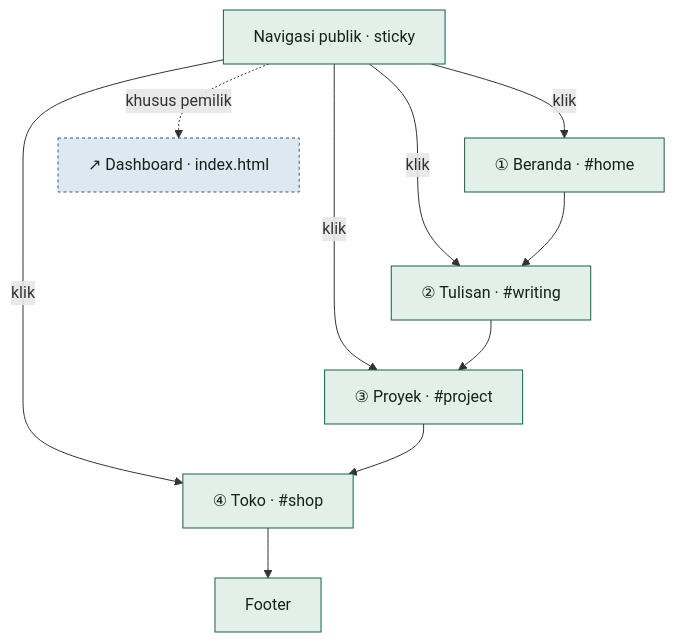
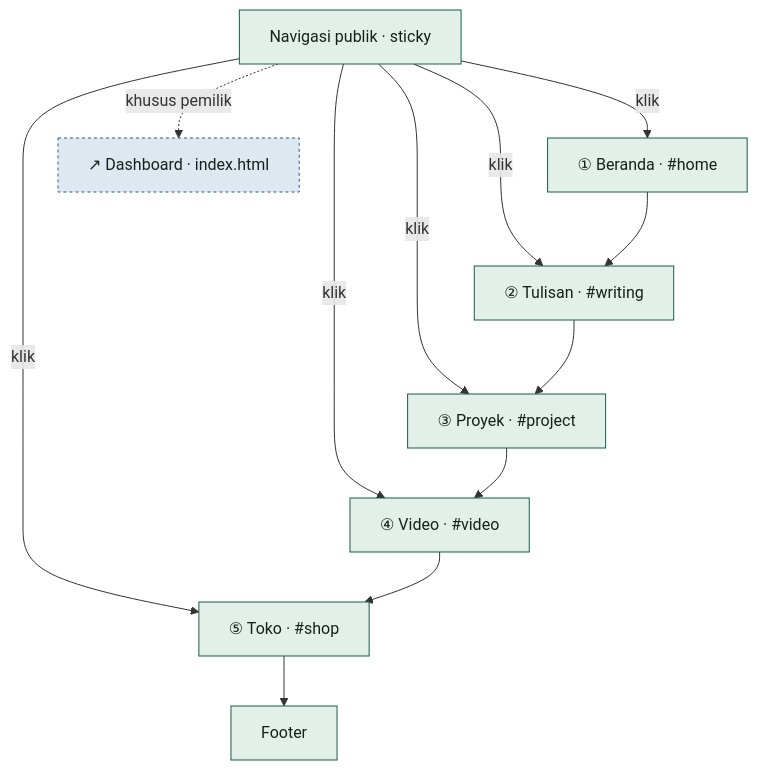
One commit to kukuhtw/fpdp changed the second of 3 diagrams in documentation/mockup/NAVIGATION-MAP.id.md. Above: the diagram before and after it, drawn with Mermaid. The commit also changed other lines of this file and 18 other files, not shown here.

````diff
--- a/documentation/mockup/NAVIGATION-MAP.id.md
+++ b/documentation/mockup/NAVIGATION-MAP.id.md
@@ -72,16 +72,17 @@
 ```mermaid
 flowchart TD
     NAV["Navigasi publik · sticky"]
     NAV -->|klik| S1["① Beranda · #home"]
     NAV -->|klik| S2["② Tulisan · #writing"]
     NAV -->|klik| S3["③ Proyek · #project"]
-    NAV -->|klik| S4["④ Toko · #shop"]
+    NAV -->|klik| S4["④ Video · #video"]
+    NAV -->|klik| S5["⑤ Toko · #shop"]
     NAV -.->|khusus pemilik| DB["↗ Dashboard · index.html"]
 
-    S1 --> S2 --> S3 --> S4 --> F["Footer"]
+    S1 --> S2 --> S3 --> S4 --> S5 --> F["Footer"]
 
     classDef pub fill:#e3efe9,stroke:#185f48,color:#17211b;
     classDef owner fill:#dde8f1,stroke:#2f5a82,color:#17211b,stroke-dasharray: 3 3;
-    class NAV,S1,S2,S3,S4,F pub;
+    class NAV,S1,S2,S3,S4,S5,F pub;
     class DB owner;
 ```
````
